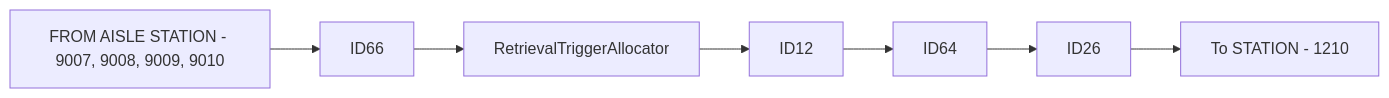
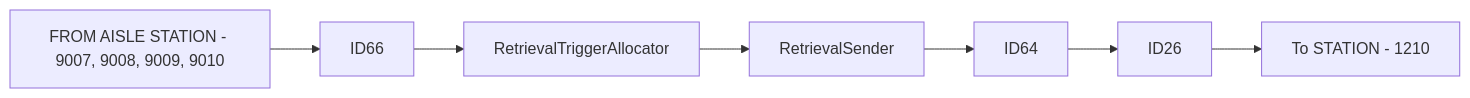
Before and after one commit to luthfiadityaa/SimeDarby-Wiki: the first of 2 diagrams in Basic-Design/DFD-WMS/Retrieval/Stacked-Empty-Pallet.md, drawn with Mermaid.

Commit message:
Updated Stacked Empty Pallet

```diff
--- a/Basic-Design/DFD-WMS/Retrieval/Stacked-Empty-Pallet.md
+++ b/Basic-Design/DFD-WMS/Retrieval/Stacked-Empty-Pallet.md
@@ -5,5 +5,5 @@
 ::: mermaid
 flowchart LR
   
-P1[FROM AISLE STATION - 9007, 9008, 9009, 9010]-->P2[ID66]-->P3[RetrievalTriggerAllocator]-->P4[ID12]-->P5[ID64]-->P7[ID26]-->P8[To STATION - 1210] 
+P1[FROM AISLE STATION - 9007, 9008, 9009, 9010]-->P2[ID66]-->P3[RetrievalTriggerAllocator]-->P4[RetrievalSender]-->P5[ID64]-->P7[ID26]-->P8[To STATION - 1210] 
 :::
```
